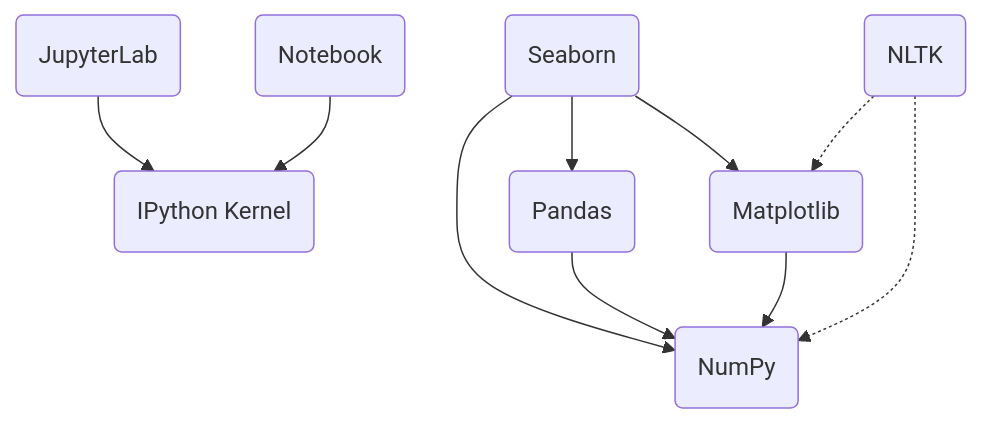
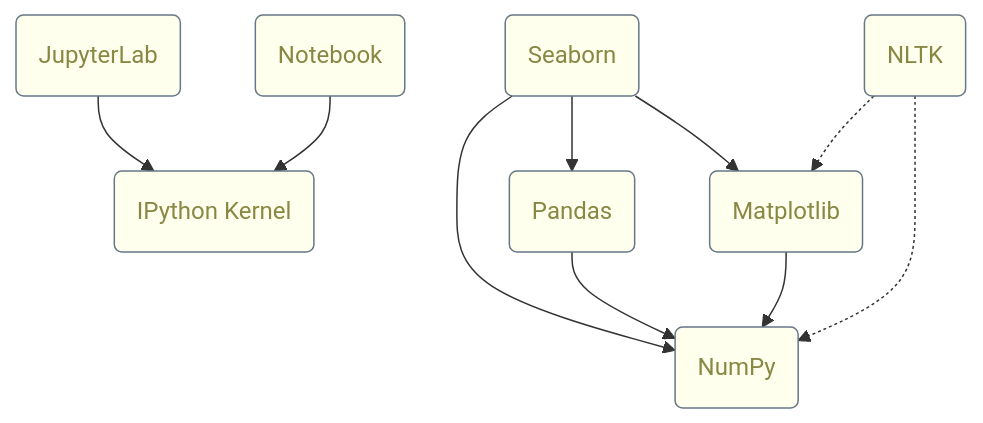
The diagram in README.md (sfmunoz/nlp-playground), drawn with Mermaid before and after one commit.

Commit message:
README.md: library-dep graph provided with some style

````diff
--- a/README.md
+++ b/README.md
@@ -5,21 +5,25 @@
 ```mermaid
 graph TD
     jupyterlab(JupyterLab)
     notebook(Notebook)
     ipykernel(IPython Kernel)
     numpy(NumPy)
     matplotlib(Matplotlib)
     pandas(Pandas)
     seaborn(Seaborn)
     nltk(NLTK)
 
     jupyterlab --> ipykernel
     notebook --> ipykernel
     matplotlib --> numpy
     pandas --> numpy
     seaborn --> numpy
     seaborn --> pandas
     seaborn --> matplotlib
     nltk -.-> matplotlib
     nltk -.-> numpy
+
+    classDef default fill:#ffe,stroke:#678,stroke-width:1px,color:#884;
+    %%classDef highlight fill:#cc8,stroke:#345,stroke-width:2px
+    %%class jupyterlab,notebook,ipykernel highlight
 ```
````
